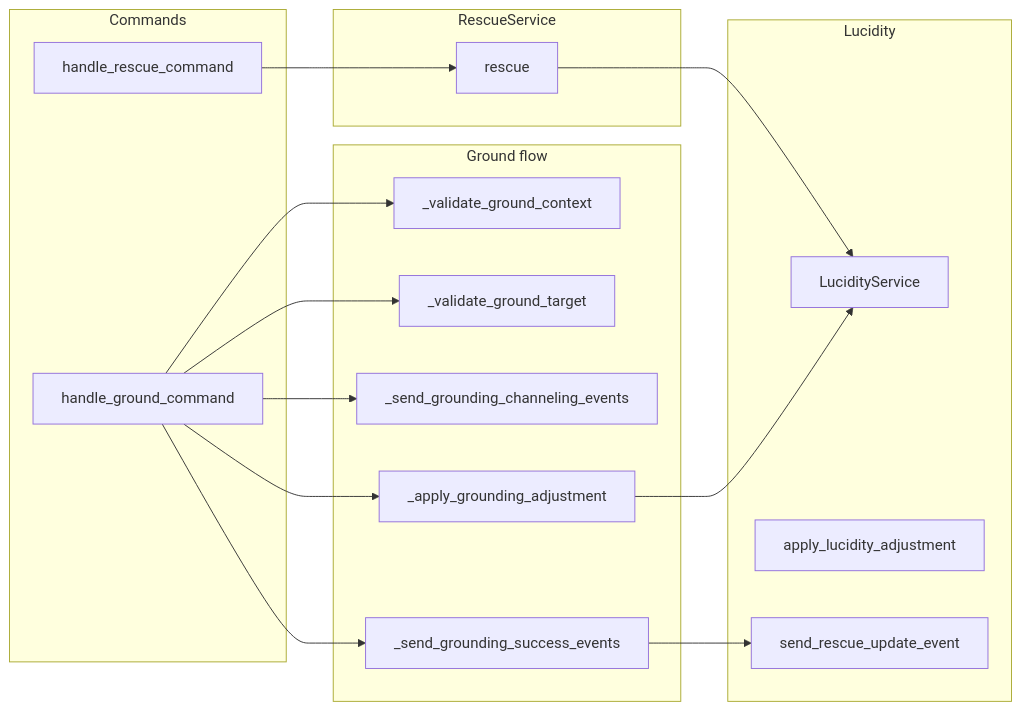
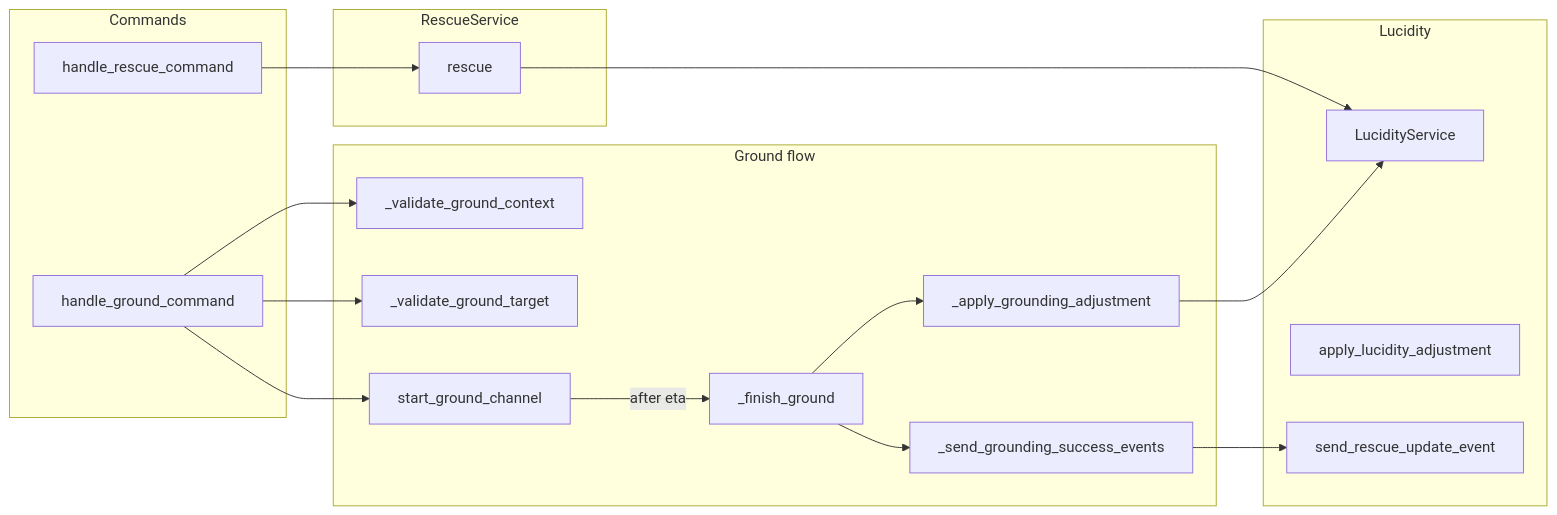
The diagram in docs/subsystems/SUBSYSTEM_RESCUE_DESIGN.md (arkanwolfshade/MythosMUD), drawn with Mermaid before and after one commit. The commit also changed other lines of this file and 38 other files, not shown here.

````diff
--- a/docs/subsystems/SUBSYSTEM_RESCUE_DESIGN.md
+++ b/docs/subsystems/SUBSYSTEM_RESCUE_DESIGN.md
@@ -29,31 +31,33 @@
 ```mermaid
 flowchart LR
   subgraph commands [Commands]
     Ground[handle_ground_command]
     Rescue[handle_rescue_command]
   end
   subgraph ground_flow [Ground flow]
     ValidateContext[_validate_ground_context]
     ValidateTarget[_validate_ground_target]
-    ChannelingEvents[_send_grounding_channeling_events]
+    Channel[start_ground_channel]
+    Finish[_finish_ground]
     Apply[_apply_grounding_adjustment]
     SuccessEvents[_send_grounding_success_events]
   end
   subgraph service [RescueService]
     RescueOp[rescue]
   end
   subgraph lucidity [Lucidity]
     LucidityService[LucidityService]
     apply_lucidity_adjustment[apply_lucidity_adjustment]
     send_rescue_update_event[send_rescue_update_event]
   end
   Ground --> ValidateContext
   Ground --> ValidateTarget
-  Ground --> ChannelingEvents
-  Ground --> Apply
+  Ground --> Channel
+  Channel -->|after eta| Finish
+  Finish --> Apply
   Apply --> LucidityService
-  Ground --> SuccessEvents
+  Finish --> SuccessEvents
   SuccessEvents --> send_rescue_update_event
   Rescue --> RescueOp
   RescueOp --> LucidityService
 ```
````
